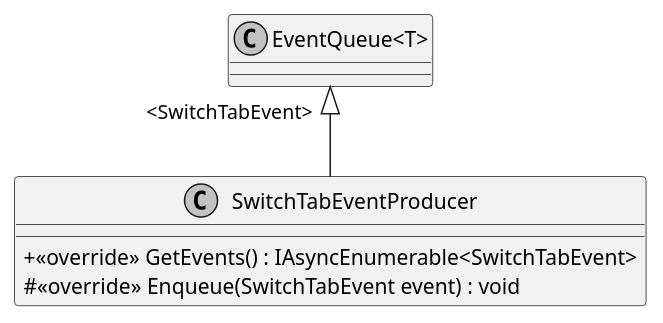
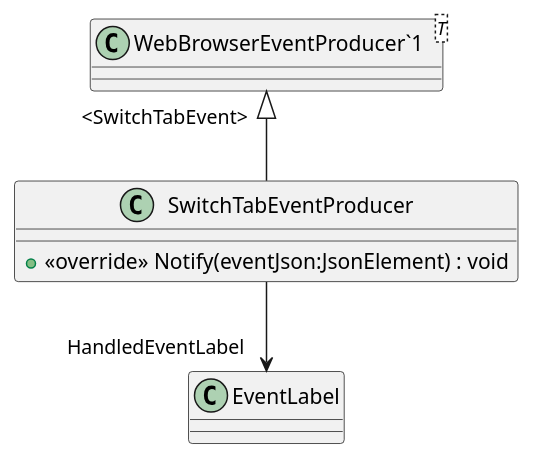
One commit to insightmind/MORR changed the diagram in application/plantuml/Modules/WebBrowser/Producers/SwitchTabEventProducer.puml. Above: the diagram before and after it, drawn with PlantUML. The commit also changed 165 other files, not shown here.

```diff
--- a/application/plantuml/Modules/WebBrowser/Producers/SwitchTabEventProducer.puml
+++ b/application/plantuml/Modules/WebBrowser/Producers/SwitchTabEventProducer.puml
@@ -1,12 +1,9 @@
 @startuml
-skinparam monochrome true
-skinparam ClassAttributeIconSize 0
-
 class SwitchTabEventProducer {
-    + <<override>> GetEvents() : IAsyncEnumerable<SwitchTabEvent>
-    # <<override>> Enqueue(SwitchTabEvent event) : void
+    + <<override>> Notify(eventJson:JsonElement) : void
 }
-class "EventQueue<T>" {
+class "WebBrowserEventProducer`1"<T> {
 }
-"EventQueue<T>" "<SwitchTabEvent>" <|-- SwitchTabEventProducer
+"WebBrowserEventProducer`1" "<SwitchTabEvent>" <|-- SwitchTabEventProducer
+SwitchTabEventProducer --> "HandledEventLabel" EventLabel
 @enduml
```
